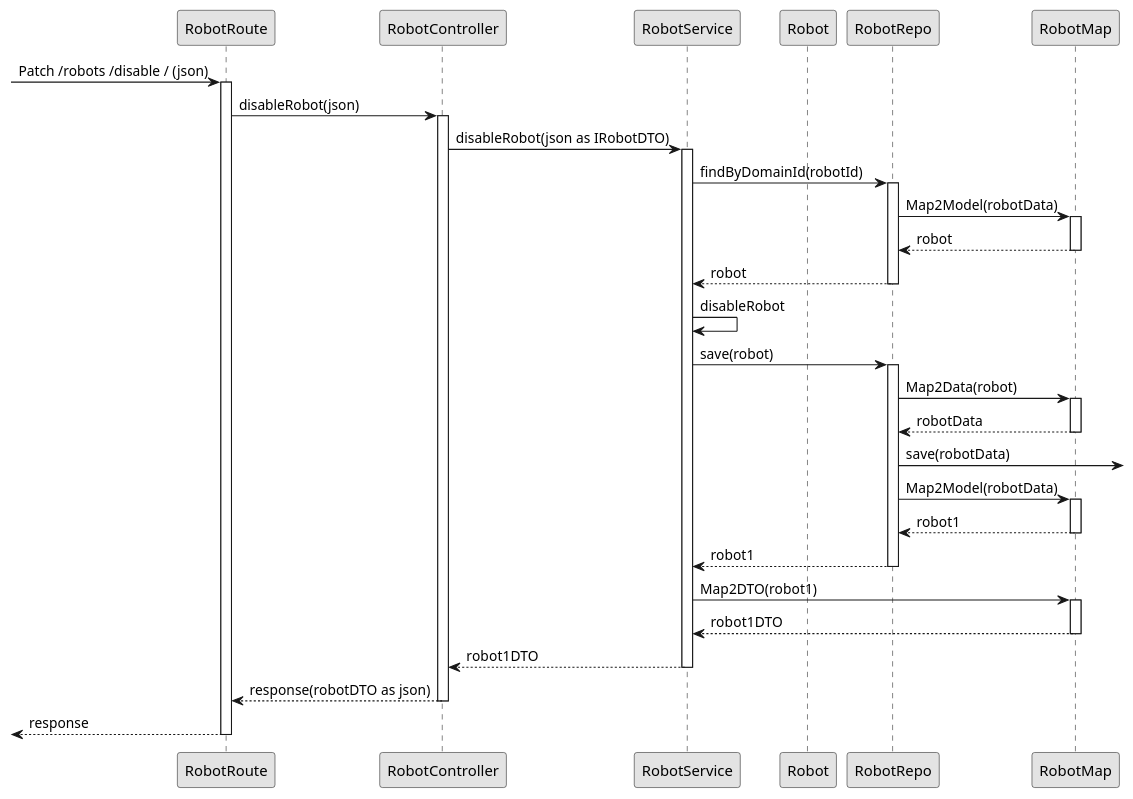
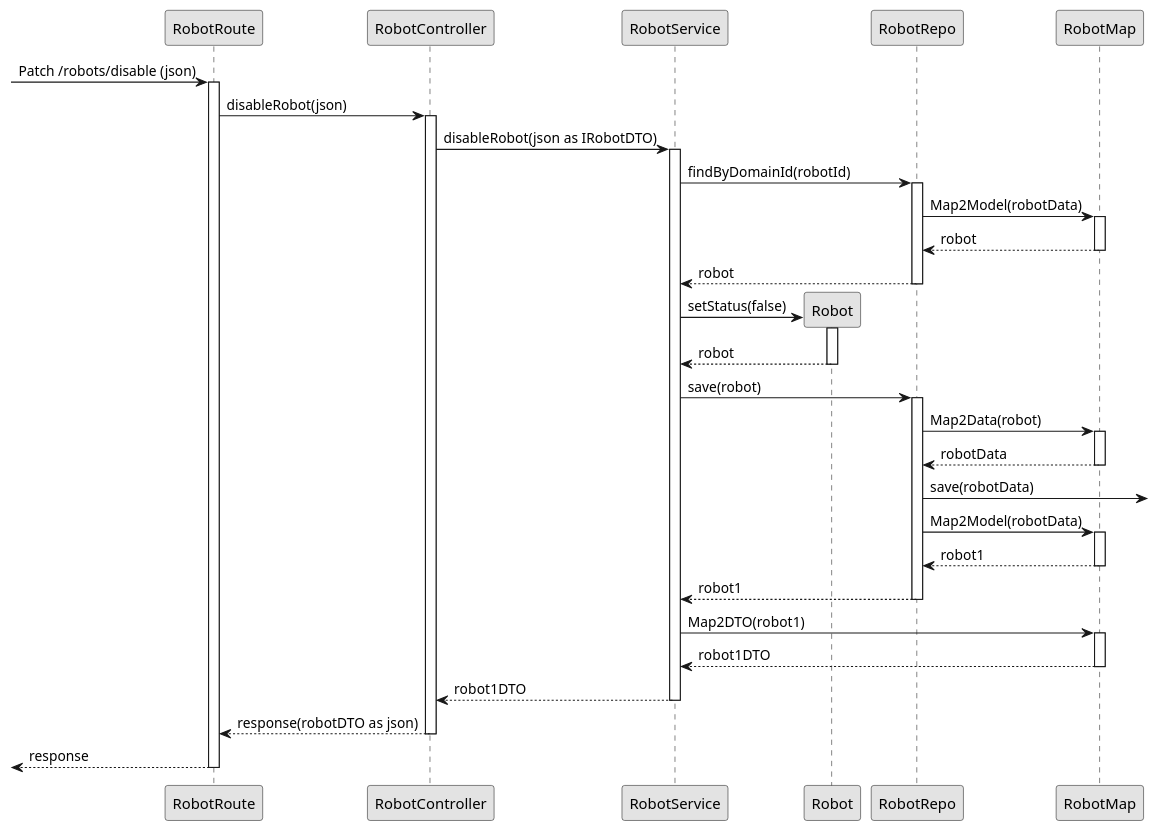
Before and after one commit to 1201293/sem5pi-23-24-68: the diagram in WikiMasterDataDevices/Vista Processos/US370/n3vp-us370.puml, drawn with PlantUML. The commit also changed 2 other files, not shown here.

Commit message:
us370 fixed minor mistakes on  documentation and added the middleware to check user role to the robotRoute

```diff
--- a/WikiMasterDataDevices/Vista Processos/US370/n3vp-us370.puml
+++ b/WikiMasterDataDevices/Vista Processos/US370/n3vp-us370.puml
@@ -1,54 +1,57 @@
     @startuml
     'http://plantuml.com/skinparam.html
     skinparam monochrome true
     skinparam packageStyle rect
     skinparam shadowing false
 
 
     participant RobotRoute  as route
     participant RobotController as controller
     participant RobotService as service
     participant Robot as domain
     participant RobotRepo as repo
     participant RobotMap as mapper
 
-    -> route: Patch /robots /disable / (json)
+    -> route: Patch /robots/disable (json)
     activate route
     route -> controller: disableRobot(json)
     activate controller
         controller -> service: disableRobot(json as IRobotDTO)
         activate service
         service -> repo: findByDomainId(robotId)
         activate repo
         repo -> mapper: Map2Model(robotData)
         activate mapper
         mapper --> repo: robot
         deactivate
         repo --> service: robot
         deactivate
-        service -> service: disableRobot
+        service -> domain**: setStatus(false)
+        activate domain
+        domain --> service:robot
+        deactivate
         service -> repo: save(robot)
         activate repo
         repo -> mapper: Map2Data(robot)
         activate mapper
         mapper --> repo: robotData
         deactivate
         repo -> : save(robotData)
         repo -> mapper: Map2Model(robotData)     
         activate mapper
         mapper --> repo: robot1
         deactivate
         repo --> service: robot1
         deactivate
         service -> mapper: Map2DTO(robot1)
         activate mapper
         mapper--> service: robot1DTO
         deactivate
         service --> controller: robot1DTO
         deactivate
         controller --> route: response(robotDTO as json)
         deactivate
         <-- route: response
         deactivate
         
     @enduml
```
